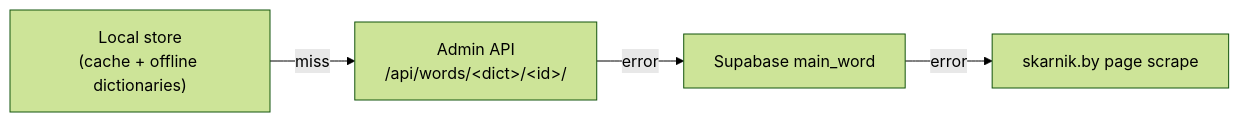
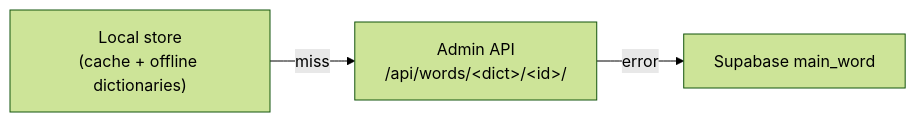
Before and after one commit to alehmazok/skarnik_android: the second of 2 diagrams in docs/architecture.md, drawn with Mermaid (forest theme). The commit also changed other lines of this file and 2 other files, not shown here.

First line of the commit message:
Docs: drop skarnik.by scrape fallback, use Sentry instead of Crashlytics

````diff
--- a/docs/architecture.md
+++ b/docs/architecture.md
@@ -103,6 +103,5 @@
 ```mermaid
 flowchart LR
     L["Local store<br/>(cache + offline dictionaries)"] -->|miss| A["Admin API<br/>/api/words/&lt;dict&gt;/&lt;id&gt;/"]
     A -->|error| S["Supabase main_word"]
-    S -->|error| W["skarnik.by page scrape"]
 ```
````
